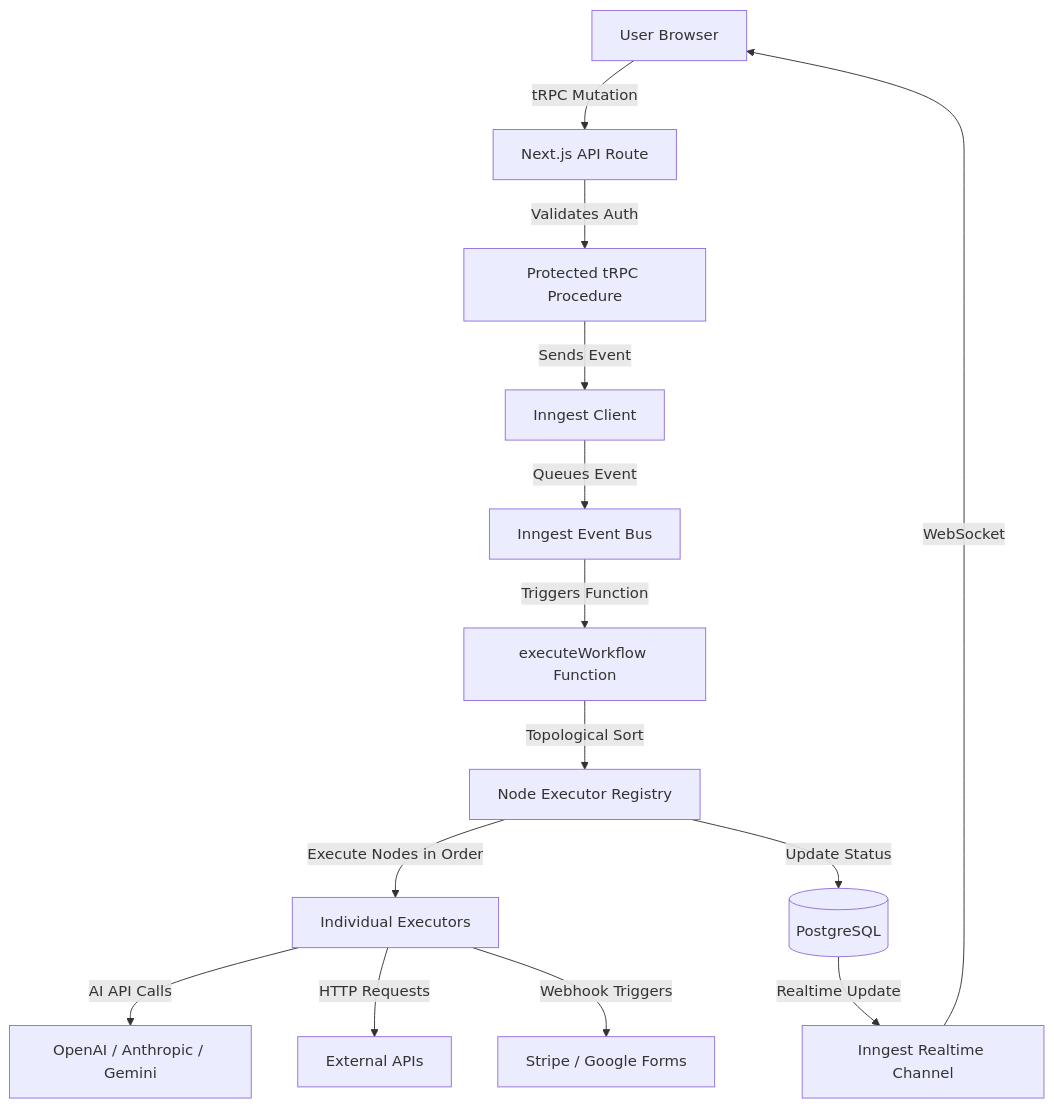
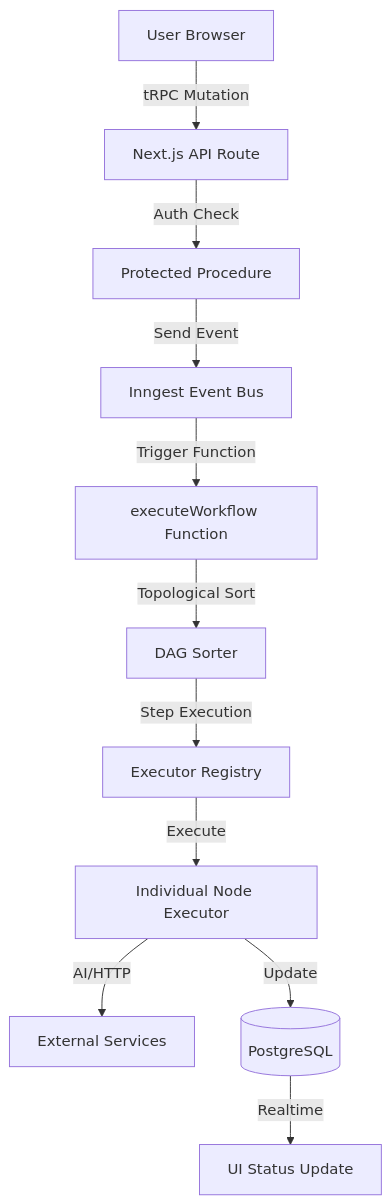
Before and after one commit to Nemathullahkhan/Zerak: the second of 9 diagrams in README.md, drawn with Mermaid. The commit also changed other lines of this file, not shown here.

````diff
--- a/README.md
+++ b/README.md
@@ -52,16 +38,13 @@
 ```mermaid
 graph TD
-    A["User Browser"] -->|tRPC Mutation| B["Next.js API Route"]
-    B -->|Validates Auth| C["Protected tRPC Procedure"]
-    C -->|Sends Event| D["Inngest Client"]
-    D -->|Queues Event| E["Inngest Event Bus"]
-    E -->|Triggers Function| F["executeWorkflow Function"]
-    F -->|Topological Sort| G["Node Executor Registry"]
-    G -->|Execute Nodes in Order| H["Individual Executors"]
-    H -->|AI API Calls| I["OpenAI / Anthropic / Gemini"]
-    H -->|HTTP Requests| J["External APIs"]
-    H -->|Webhook Triggers| K["Stripe / Google Forms"]
-    G -->|Update Status| L[("PostgreSQL")]
-    L -->|Realtime Update| M["Inngest Realtime Channel"]
-    M -->|WebSocket| A
+  User[User Browser] -->|tRPC Mutation| API[Next.js API Route]
+  API -->|Auth Check| TRPC[Protected Procedure]
+  TRPC -->|Send Event| Inngest[Inngest Event Bus]
+  Inngest -->|Trigger Function| Exec[executeWorkflow Function]
+  Exec -->|Topological Sort| Sort[DAG Sorter]
+  Sort -->|Step Execution| Reg[Executor Registry]
+  Reg -->|Execute| Node[Individual Node Executor]
+  Node -->|AI/HTTP| Ext[External Services]
+  Node -->|Update| DB[(PostgreSQL)]
+  DB -->|Realtime| UI[UI Status Update]
 ```
````
